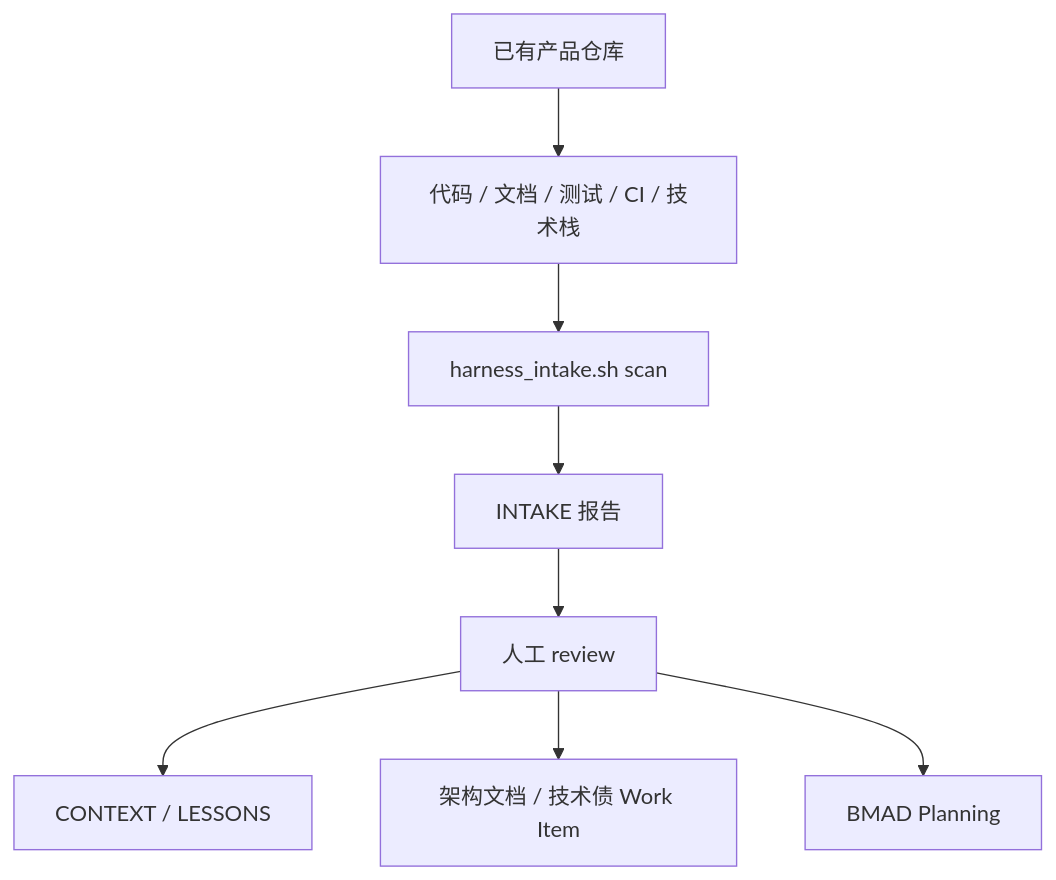
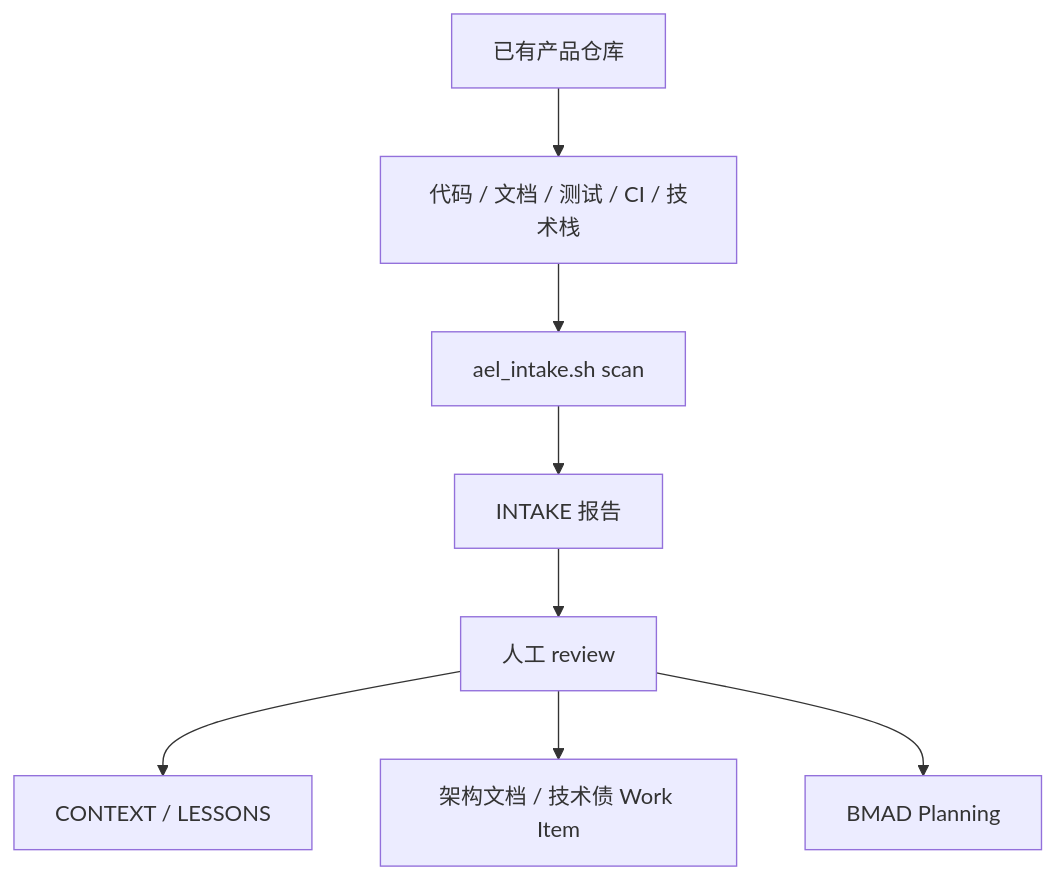
The diagram in docs/getting-started/brownfield-intake.md (goBuildRun/harness-engineering), drawn with Mermaid before and after one commit. The commit also changed other lines of this file and 552 other files, not shown here.

````diff
--- a/docs/getting-started/brownfield-intake.md
+++ b/docs/getting-started/brownfield-intake.md
@@ -39,16 +39,16 @@
 ```mermaid
 flowchart TD
   P["已有产品仓库"]
   C["代码 / 文档 / 测试 / CI / 技术栈"]
-  S["harness_intake.sh scan"]
+  S["ael_intake.sh scan"]
   R["INTAKE 报告"]
   H["人工 review"]
   K["CONTEXT / LESSONS"]
   A["架构文档 / 技术债 Work Item"]
   B["BMAD Planning"]
 
   P --> C --> S --> R --> H
   H --> K
   H --> A
   H --> B
 ```
````
